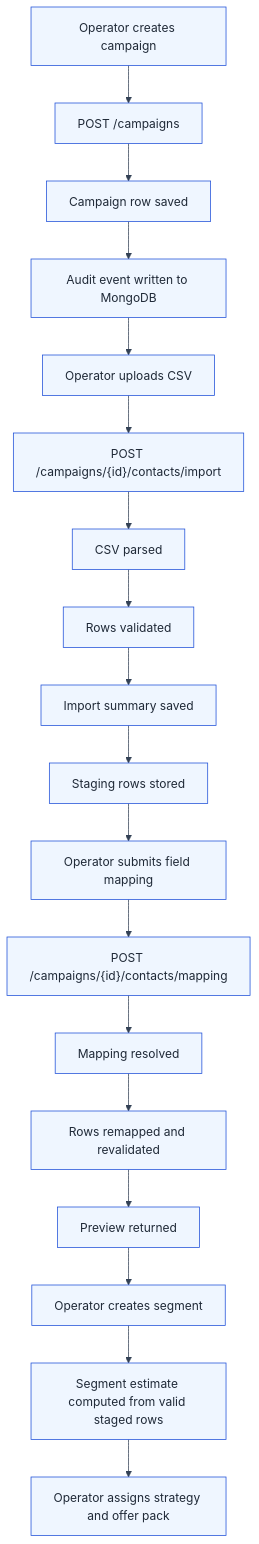
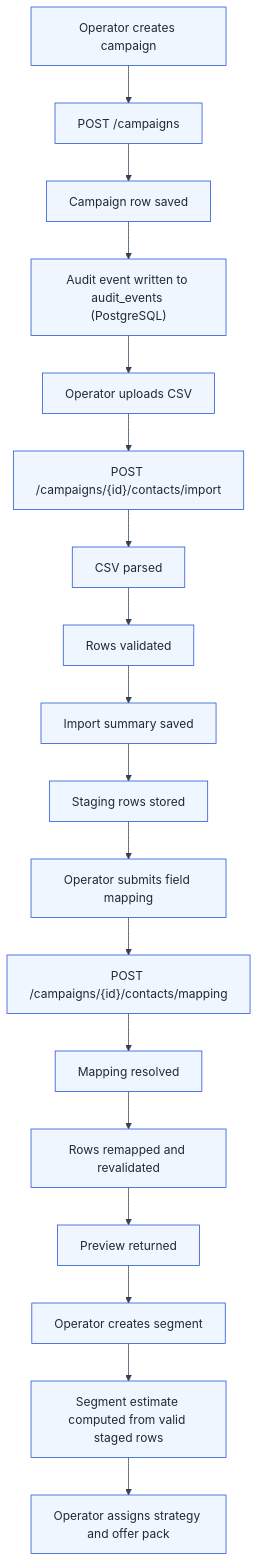
One commit to karthikrchandran/SignalLoop changed the second of 9 diagrams in docs/architecture/process-flows.md. Above: the diagram before and after it, drawn with Mermaid. The commit also changed other lines of this file and 110 other files, not shown here.

````diff
--- a/docs/architecture/process-flows.md
+++ b/docs/architecture/process-flows.md
@@ -43,21 +43,21 @@
 ```mermaid
 %%{init: {"theme": "base", "themeVariables": {"primaryColor": "#EFF6FF", "primaryTextColor": "#1F2937", "primaryBorderColor": "#1D4ED8", "lineColor": "#334155", "secondaryColor": "#F3F4F6", "secondaryTextColor": "#1F2937", "tertiaryColor": "#DBEAFE", "tertiaryTextColor": "#1E3A8A", "background": "#F9FAFB", "clusterBkg": "#FFFFFF", "clusterBorder": "#BFDBFE", "fontFamily": "Inter, Segoe UI, sans-serif"}}}%%
 flowchart TD
     A["Operator creates campaign"] --> B["POST /campaigns"]
     B --> C["Campaign row saved"]
-    C --> D["Audit event written to MongoDB"]
+    C --> D["Audit event written to audit_events (PostgreSQL)"]
     D --> E["Operator uploads CSV"]
     E --> F["POST /campaigns/{id}/contacts/import"]
     F --> G["CSV parsed"]
     G --> H["Rows validated"]
     H --> I["Import summary saved"]
     I --> J["Staging rows stored"]
     J --> K["Operator submits field mapping"]
     K --> L["POST /campaigns/{id}/contacts/mapping"]
     L --> M["Mapping resolved"]
     M --> N["Rows remapped and revalidated"]
     N --> O["Preview returned"]
     O --> P["Operator creates segment"]
     P --> Q["Segment estimate computed from valid staged rows"]
     Q --> R["Operator assigns strategy and offer pack"]
 ```
````
